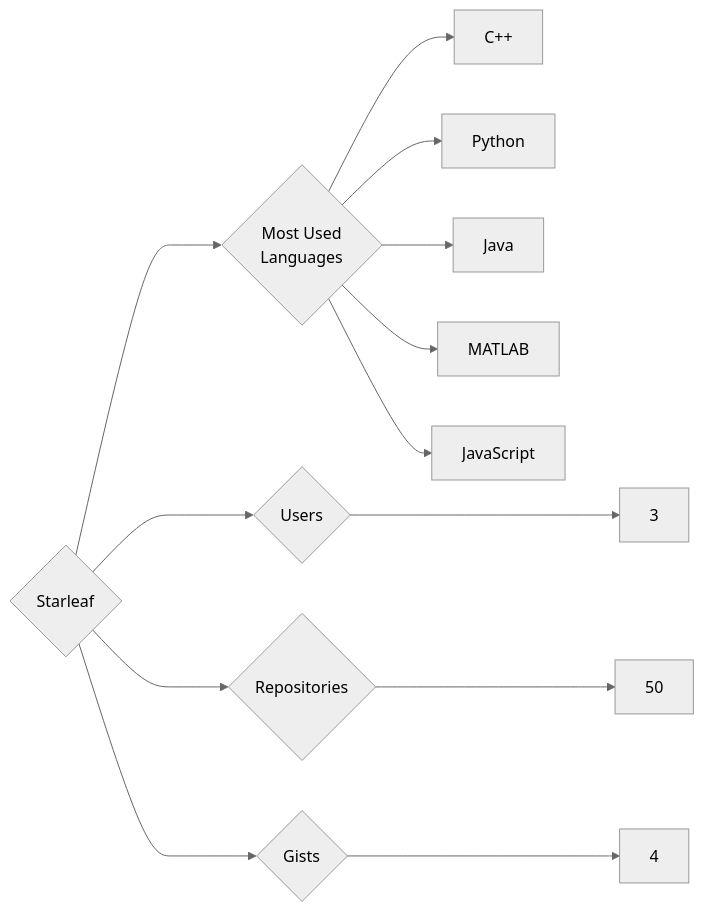
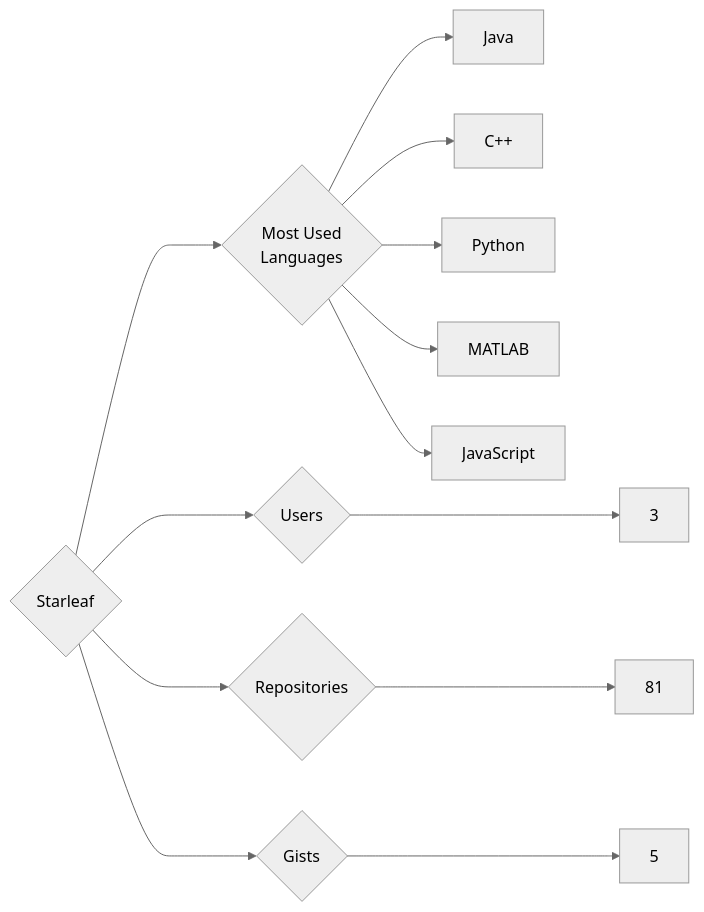
One commit to trickest/insiders changed the diagram in targets/Starleaf/README.md. Above: the diagram before and after it, drawn with Mermaid (neutral theme). The commit also changed 976 other files, not shown here.

````diff
--- a/targets/Starleaf/README.md
+++ b/targets/Starleaf/README.md
@@ -3,13 +3,13 @@
 ```mermaid
 graph LR
 COMPANY_NAME{Starleaf}
 COMPANY_NAME ---> U{Users} ---> UN[3]
-COMPANY_NAME ---> R{Repositories} ---> RN[50]
-COMPANY_NAME ---> G{Gists} ---> GN[4]
+COMPANY_NAME ---> R{Repositories} ---> RN[81]
+COMPANY_NAME ---> G{Gists} ---> GN[5]
 COMPANY_NAME ---> ML{Most Used<br>Languages}
+ML --> Java[Java]
 ML --> C++[C++]
 ML --> Python[Python]
-ML --> Java[Java]
 ML --> MATLAB[MATLAB]
 ML --> JavaScript[JavaScript]
 ```
````
